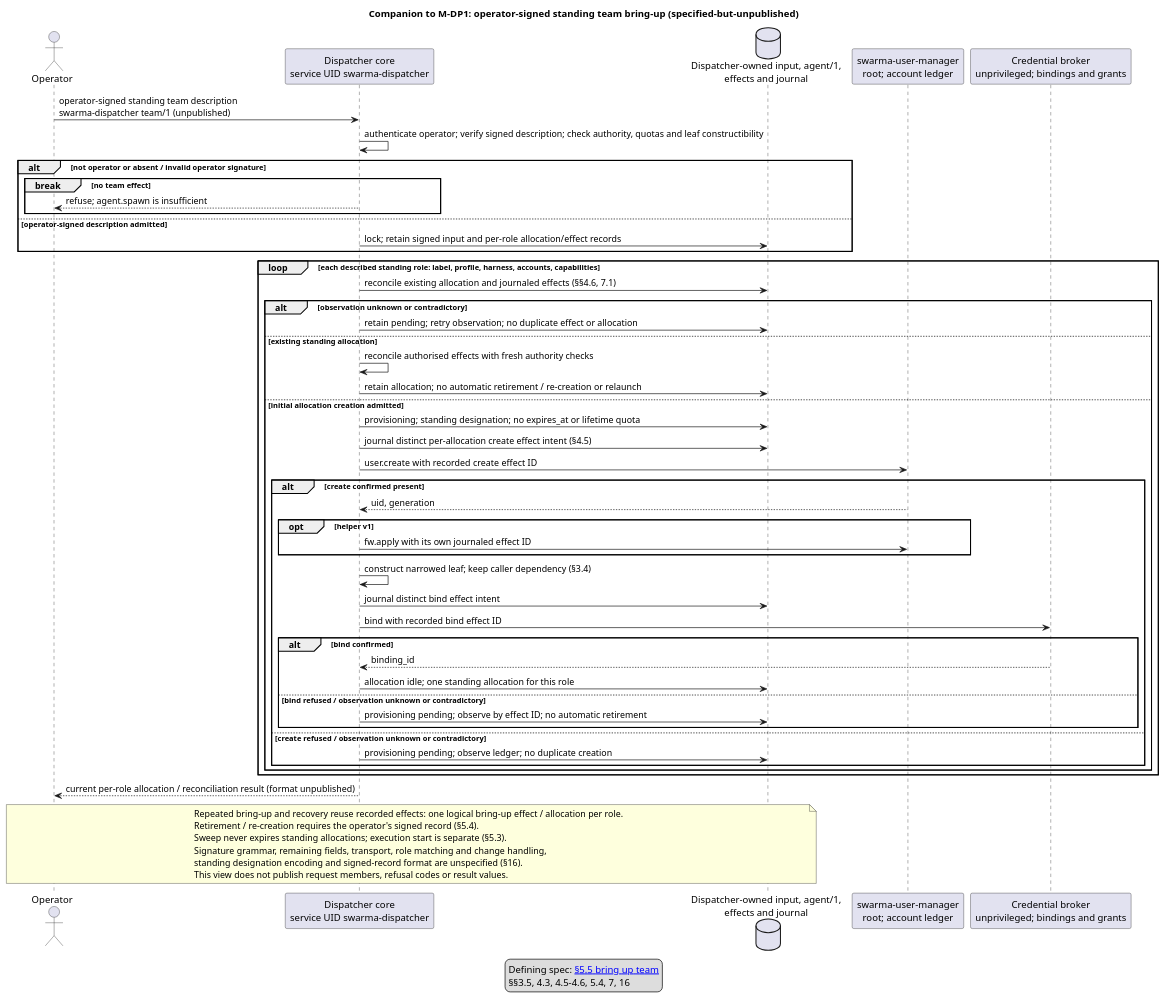
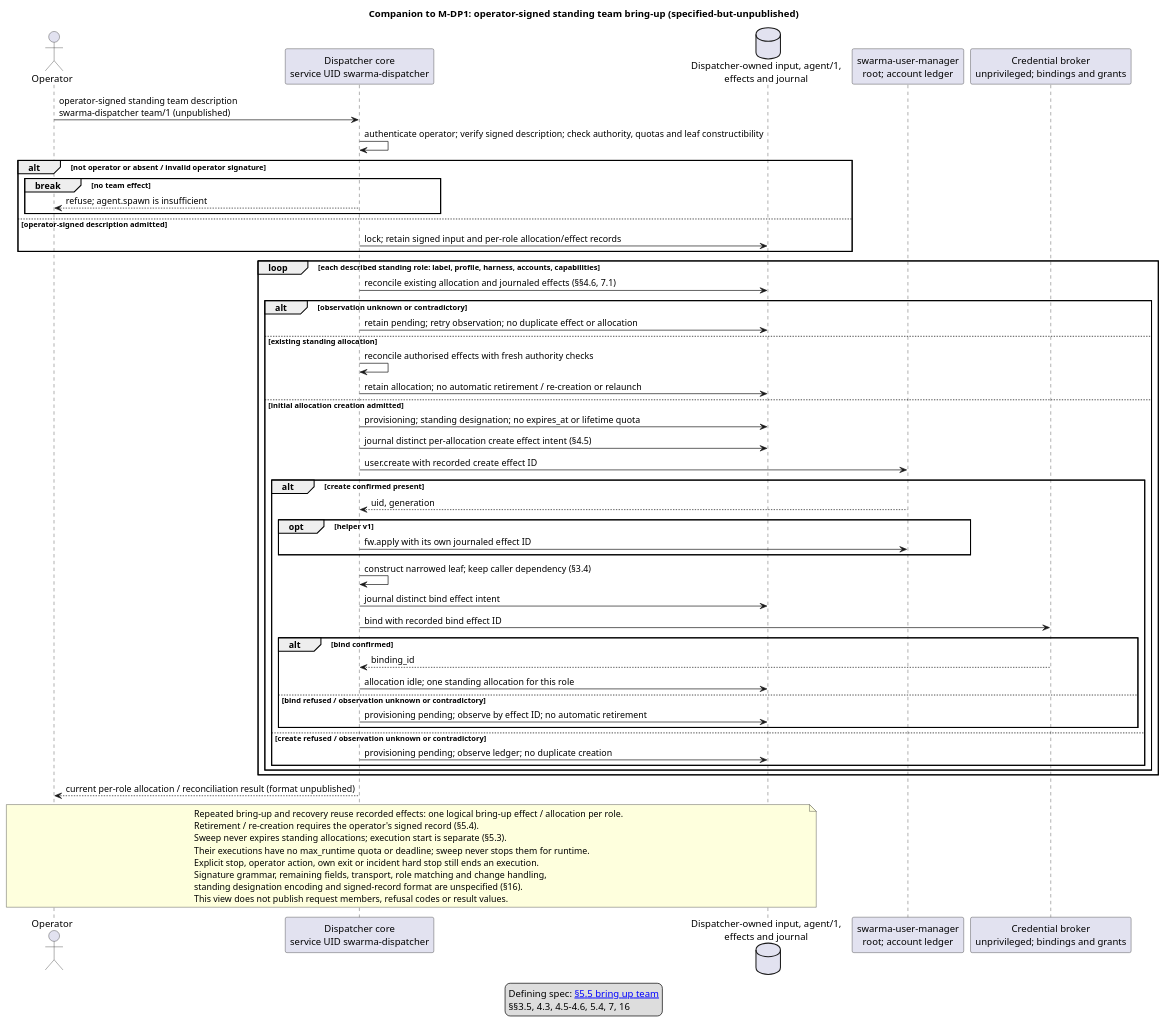
Before and after one commit to relux-works/curator-dispatcher: the diagram in diagrams/bring-up-team.puml, drawn with PlantUML. The commit also changed 9 other files, not shown here.

First line of the commit message:
Standing executions have no preset runtime limit (owner 2026-10-12) (TASK-261012-go3trg)

```diff
--- a/diagrams/bring-up-team.puml
+++ b/diagrams/bring-up-team.puml
@@ -1,60 +1,62 @@
 @startuml bring-up-team
 title Companion to M-DP1: operator-signed standing team bring-up (specified-but-unpublished)
 actor "Operator" as O
 participant "Dispatcher core\nservice UID swarma-dispatcher" as D
 database "Dispatcher-owned input, agent/1,\neffects and journal" as J
 participant "swarma-user-manager\nroot; account ledger" as H
 participant "Credential broker\nunprivileged; bindings and grants" as B
 O -> D : operator-signed standing team description\nswarma-dispatcher team/1 (unpublished)
 D -> D : authenticate operator; verify signed description; check authority, quotas and leaf constructibility
 alt not operator or absent / invalid operator signature
   break no team effect
     D --> O : refuse; agent.spawn is insufficient
   end
 else operator-signed description admitted
   D -> J : lock; retain signed input and per-role allocation/effect records
 end
 loop each described standing role: label, profile, harness, accounts, capabilities
   D -> J : reconcile existing allocation and journaled effects (§§4.6, 7.1)
   alt observation unknown or contradictory
     D -> J : retain pending; retry observation; no duplicate effect or allocation
   else existing standing allocation
     D -> D : reconcile authorised effects with fresh authority checks
     D -> J : retain allocation; no automatic retirement / re-creation or relaunch
   else initial allocation creation admitted
     D -> J : provisioning; standing designation; no expires_at or lifetime quota
     D -> J : journal distinct per-allocation create effect intent (§4.5)
     D -> H : user.create with recorded create effect ID
     alt create confirmed present
       H --> D : uid, generation
       opt helper v1
         D -> H : fw.apply with its own journaled effect ID
       end
       D -> D : construct narrowed leaf; keep caller dependency (§3.4)
       D -> J : journal distinct bind effect intent
       D -> B : bind with recorded bind effect ID
       alt bind confirmed
         B --> D : binding_id
         D -> J : allocation idle; one standing allocation for this role
       else bind refused / observation unknown or contradictory
         D -> J : provisioning pending; observe by effect ID; no automatic retirement
       end
     else create refused / observation unknown or contradictory
       D -> J : provisioning pending; observe ledger; no duplicate creation
     end
   end
 end
 D --> O : current per-role allocation / reconciliation result (format unpublished)
 note over O,J
   Repeated bring-up and recovery reuse recorded effects: one logical bring-up effect / allocation per role.
   Retirement / re-creation requires the operator's signed record (§5.4).
   Sweep never expires standing allocations; execution start is separate (§5.3).
+  Their executions have no max_runtime quota or deadline; sweep never stops them for runtime.
+  Explicit stop, operator action, own exit or incident hard stop still ends an execution.
   Signature grammar, remaining fields, transport, role matching and change handling,
   standing designation encoding and signed-record format are unspecified (§16).
   This view does not publish request members, refusal codes or result values.
 end note
 legend
   Defining spec: [[https://github.com/relux-works/swarma-dispatcher/blob/main/spec/dispatcher.md#55-bring-up-team-specified-but-unpublished §5.5 bring up team]]
   §§3.5, 4.3, 4.5–4.6, 5.4, 7, 16
 endlegend
 @enduml
```
